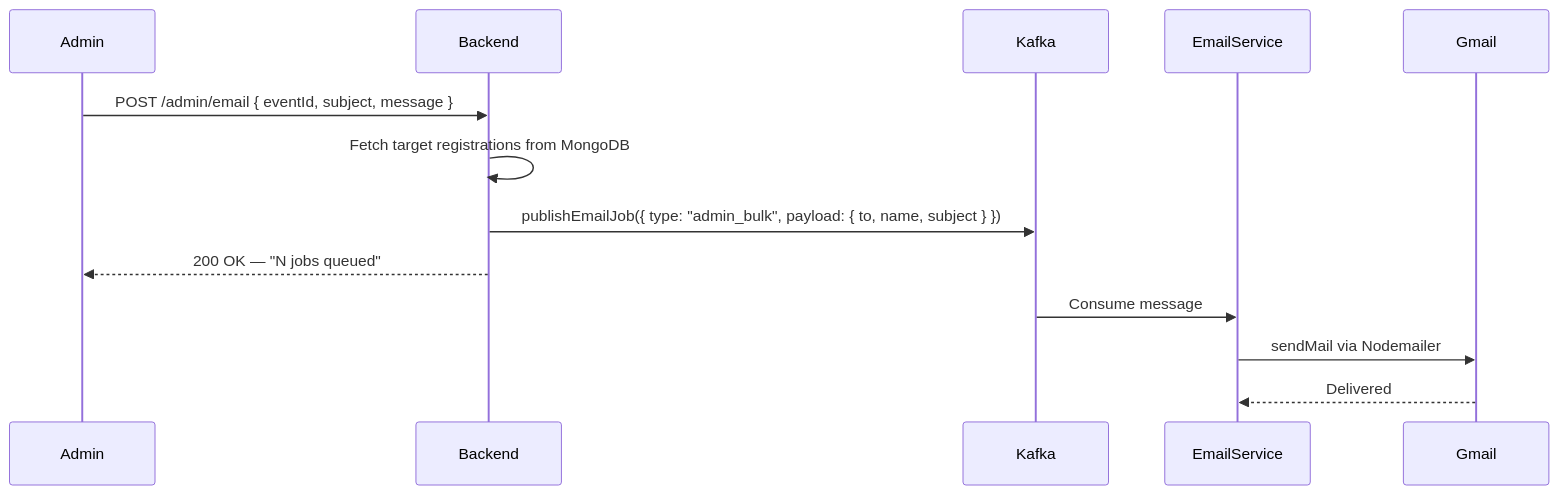
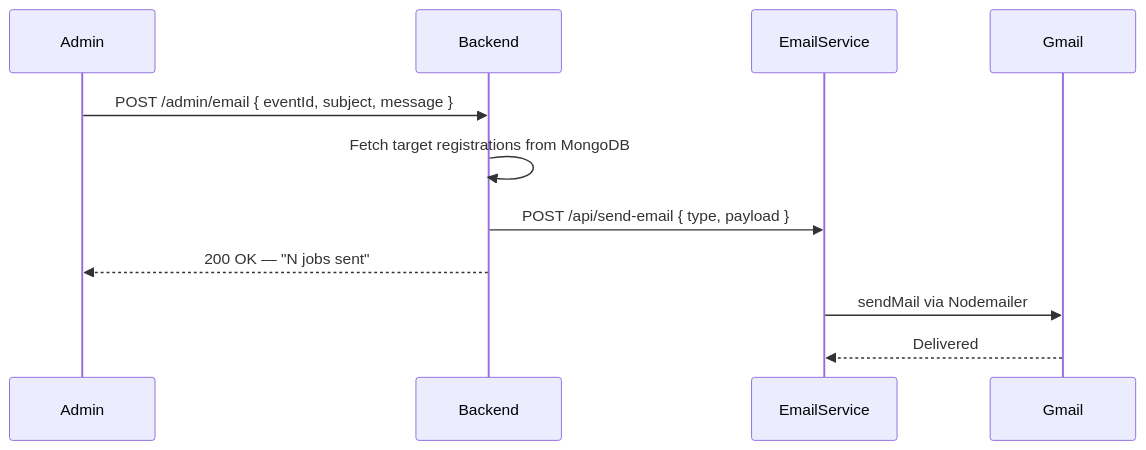
One commit to NVVPrabhanjan/FAROUCHE-Website changed the second of 4 diagrams in README.md. Above: the diagram before and after it, drawn with Mermaid. The commit also changed other lines of this file and 152 other files, not shown here.

````diff
--- a/README.md
+++ b/README.md
@@ -79,16 +78,14 @@
 ```mermaid
 sequenceDiagram
     participant Admin
     participant Backend
-    participant Kafka
     participant EmailService
     participant Gmail
 
     Admin->>Backend: POST /admin/email { eventId, subject, message }
     Backend->>Backend: Fetch target registrations from MongoDB
-    Backend->>Kafka: publishEmailJob({ type: "admin_bulk", payload: { to, name, subject } })
-    Backend-->>Admin: 200 OK — "N jobs queued"
-    Kafka->>EmailService: Consume message
+    Backend->>EmailService: POST /api/send-email { type, payload }
+    Backend-->>Admin: 200 OK — "N jobs sent"
     EmailService->>Gmail: sendMail via Nodemailer
     Gmail-->>EmailService: Delivered
 ```
````
